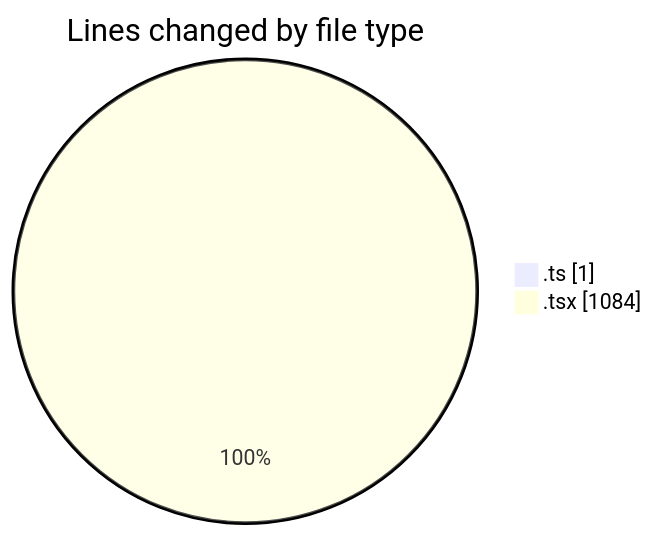
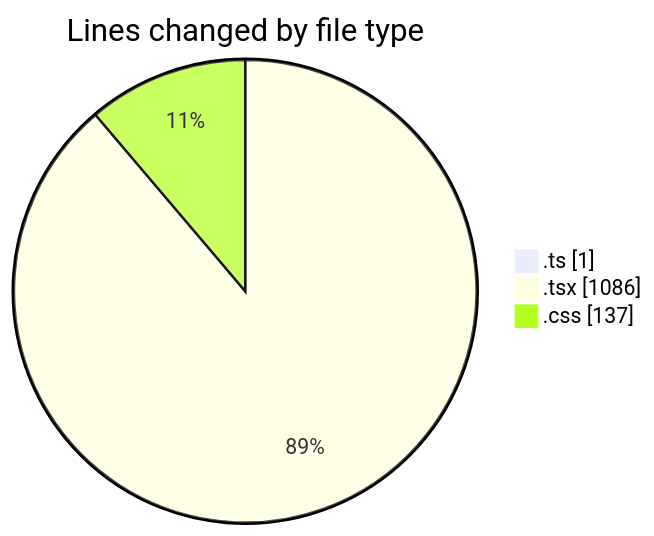
Before and after one commit to robertbonfada/code-tracking: the first of 2 diagrams in 2025-01-31/audiobooks-web/README.md, drawn with Mermaid. The commit also changed other lines of this file and 1 other file, not shown here.

````diff
--- a/2025-01-31/audiobooks-web/README.md
+++ b/2025-01-31/audiobooks-web/README.md
@@ -26,6 +27,7 @@
 ```mermaid
 pie showData
 title Lines changed by file type
 ".ts" : 1
-".tsx" : 1084
+".tsx" : 1086
+".css" : 137
 ```
````
